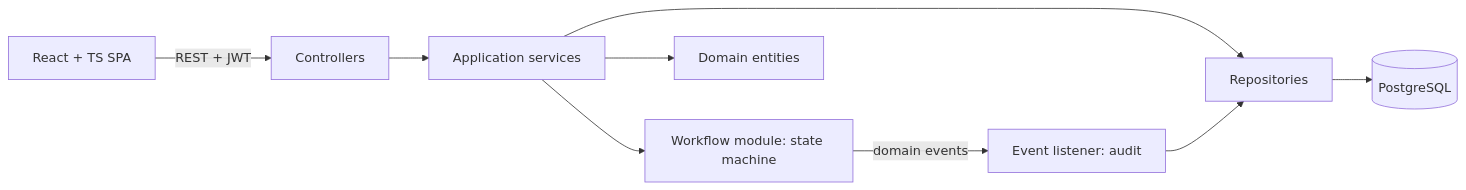
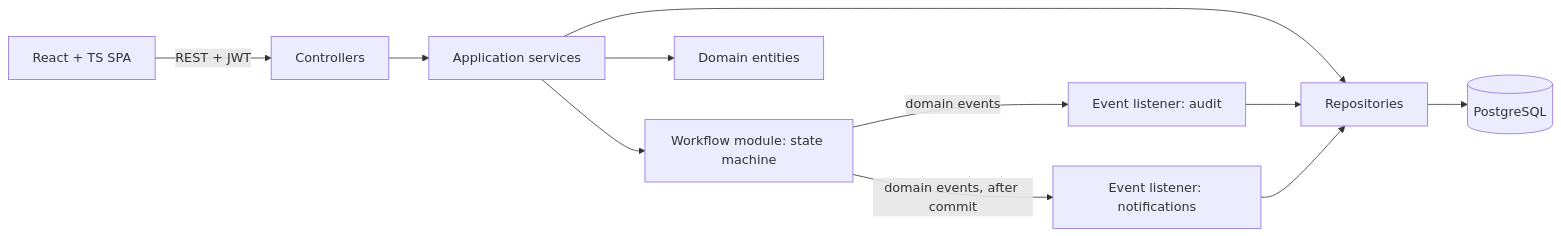
Before and after one commit to udita-0707/Prastaav: the second of 2 diagrams in docs/PRD.md, drawn with Mermaid. The commit also changed other lines of this file and 6 other files, not shown here.

Commit message:
docs(notification): listener, dispatch sequence and inbox API contracts

````diff
--- a/docs/PRD.md
+++ b/docs/PRD.md
@@ -114,11 +114,13 @@
 ```mermaid
 flowchart LR
   UI[React + TS SPA] -->|REST + JWT| API[Controllers]
   API --> SVC[Application services]
   SVC --> WF[Workflow module: state machine]
   SVC --> DOM[Domain entities]
   SVC --> REPO[Repositories]
   REPO --> DB[(PostgreSQL)]
   WF -->|domain events| EVT[Event listener: audit]
   EVT --> REPO
+  WF -->|domain events, after commit| NL[Event listener: notifications]
+  NL --> REPO
 ```
````
